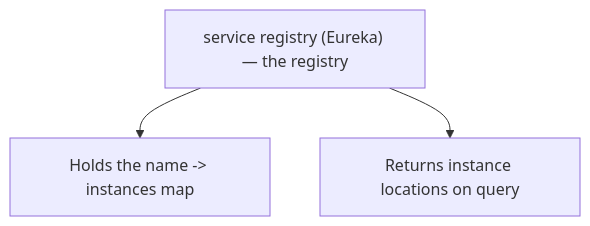
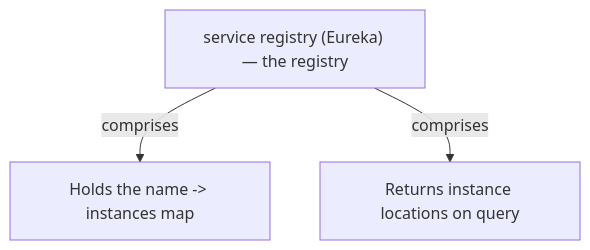
One commit to vinayakuber/microservices-io-study-guide changed the seventh of 14 diagrams in docs/ch11-server-side-discovery.md. Above: the diagram before and after it, drawn with Mermaid. The commit also changed other lines of this file and 71 other files, not shown here.

First line of the commit message:
R18: label every diagram arrow with its meaning

````diff
--- a/docs/ch11-server-side-discovery.md
+++ b/docs/ch11-server-side-discovery.md
@@ -252,6 +252,6 @@
 ```mermaid
 flowchart TD
   R["service registry (Eureka) — the registry"]
-  R --> P0["Holds the name -&gt; instances map"]
-  R --> P1["Returns instance locations on query"]
+  R -->|"comprises"| P0["Holds the name -&gt; instances map"]
+  R -->|"comprises"| P1["Returns instance locations on query"]
 ```
````
